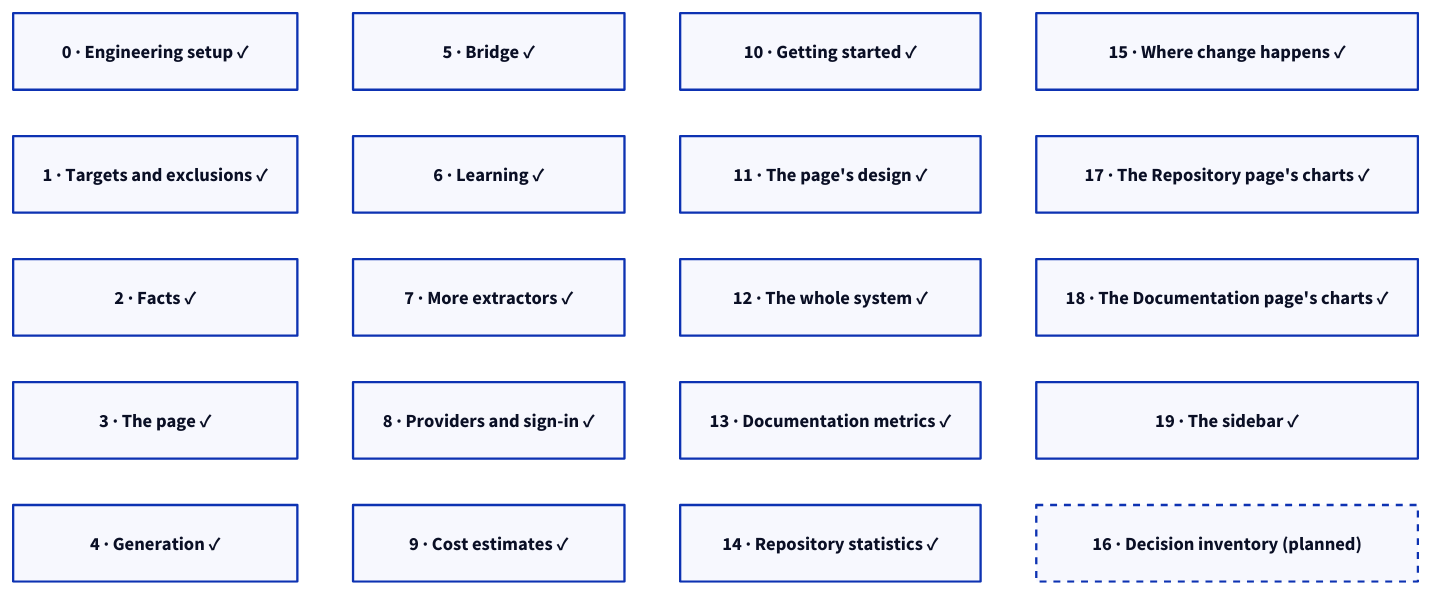
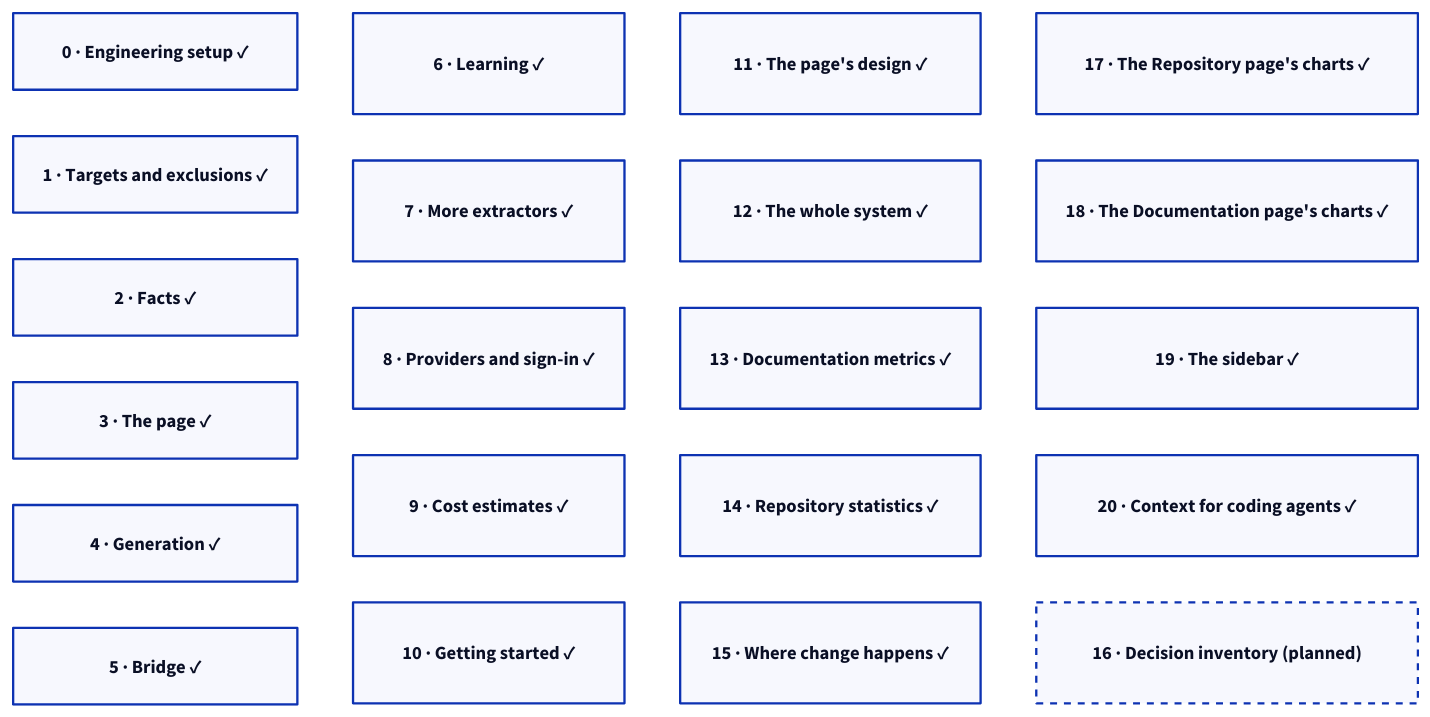
One commit to mohamed-abdelsattar92/codetrail changed the diagram in docs/diagrams/phases.d2. Above: the diagram before and after it, drawn with D2. The commit also changed 7 other files, not shown here.

First line of the commit message:
docs(docs): explain context for coding agents

```diff
--- a/docs/diagrams/phases.d2
+++ b/docs/diagrams/phases.d2
@@ -1,25 +1,26 @@
 # The design's phases and what is built, in reading order (README, "Status"). Render with `just diagrams`.
 grid-columns: 4
 horizontal-gap: 48
 vertical-gap: 40
 
 p0: "0 · Engineering setup ✓"
 p1: "1 · Targets and exclusions ✓"
 p2: "2 · Facts ✓"
 p3: "3 · The page ✓"
 p4: "4 · Generation ✓"
 p5: "5 · Bridge ✓"
 p6: "6 · Learning ✓"
 p7: "7 · More extractors ✓"
 p8: "8 · Providers and sign-in ✓"
 p9: "9 · Cost estimates ✓"
 p10: "10 · Getting started ✓"
 p11: "11 · The page's design ✓"
 p12: "12 · The whole system ✓"
 p13: "13 · Documentation metrics ✓"
 p14: "14 · Repository statistics ✓"
 p15: "15 · Where change happens ✓"
 p17: "17 · The Repository page's charts ✓"
 p18: "18 · The Documentation page's charts ✓"
 p19: "19 · The sidebar ✓"
+p20: "20 · Context for coding agents ✓"
 p16: "16 · Decision inventory (planned)" {style.stroke-dash: 3}
```
